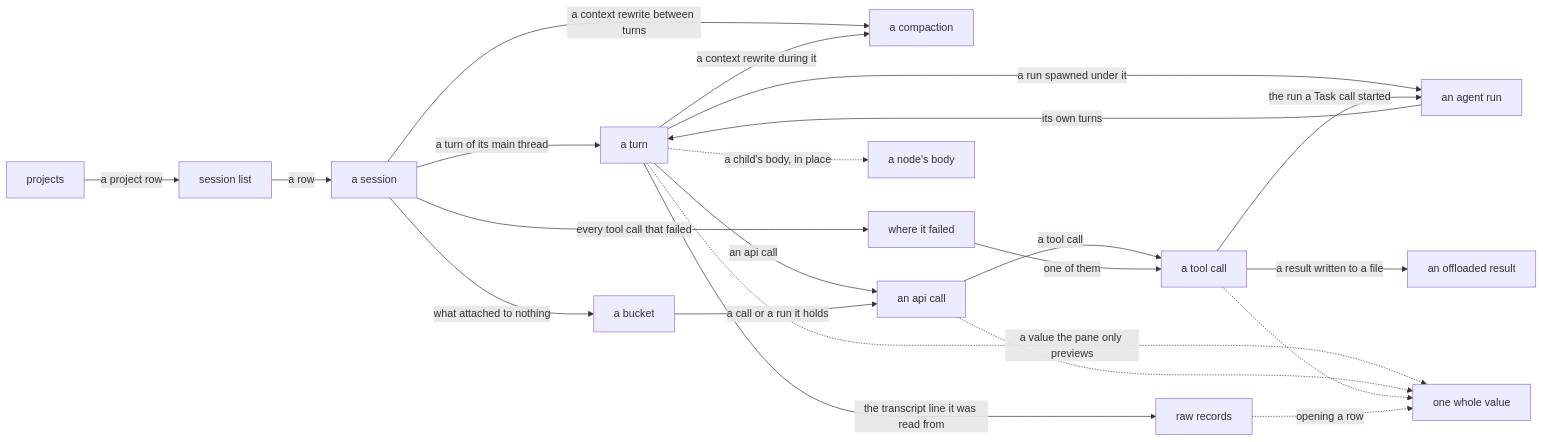
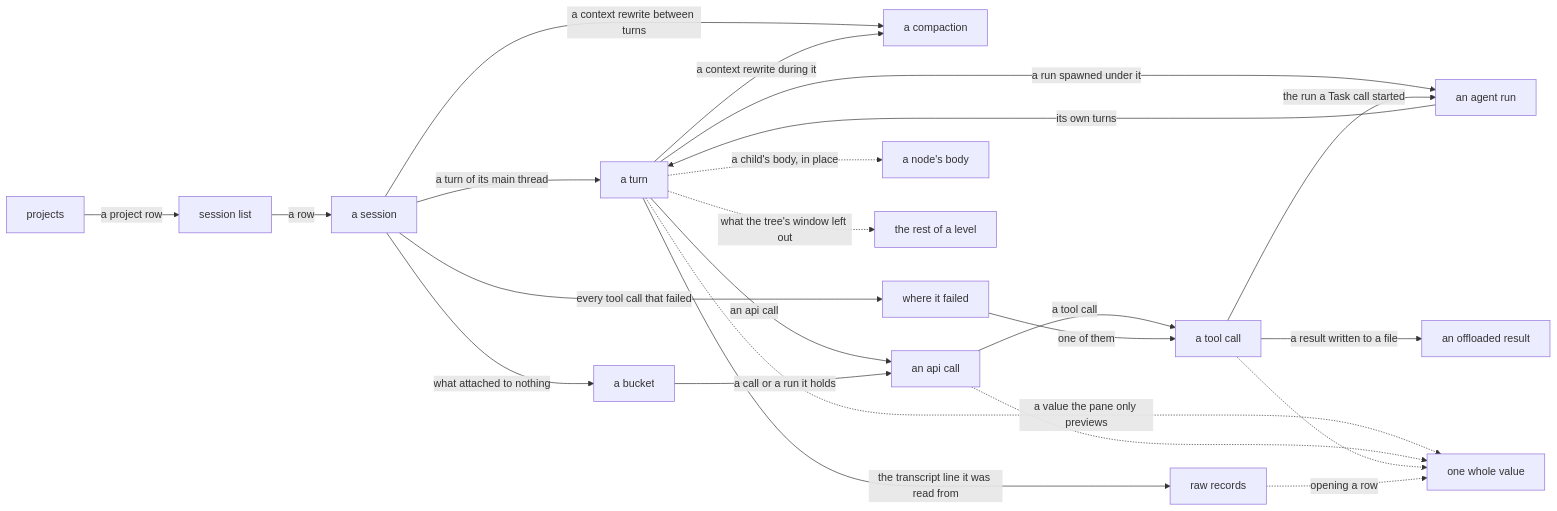
One commit to nathanielobrown/aiobserve changed the diagram in docs/viewer.md. Above: the diagram before and after it, drawn with Mermaid. The commit also changed other lines of this file and 11 other files, not shown here.

````diff
--- a/docs/viewer.md
+++ b/docs/viewer.md
@@ -9,24 +9,25 @@
 ```mermaid
 flowchart LR
     projects["projects"] -->|"a project row"| session_list["session list"]
     session_list -->|"a row"| session["a session"]
     session -->|"a turn of its main thread"| turn["a turn"]
     session -->|"a context rewrite between turns"| compaction["a compaction"]
     turn -->|"a context rewrite during it"| compaction
     session -->|"what attached to nothing"| bucket["a bucket"]
     turn -->|"an api call"| api_call["an api call"]
     turn -->|"a run spawned under it"| run["an agent run"]
     api_call -->|"a tool call"| tool["a tool call"]
     tool -->|"the run a Task call started"| run
     run -->|"its own turns"| turn
     session -->|"every tool call that failed"| errors["where it failed"]
     errors -->|"one of them"| tool
     bucket -->|"a call or a run it holds"| api_call
     turn -->|"the transcript line it was read from"| records["raw records"]
     tool -->|"a result written to a file"| offload["an offloaded result"]
     turn -.->|"a value the pane only previews"| value["one whole value"]
     api_call -.-> value
     tool -.-> value
     records -.->|"opening a row"| value
     turn -.->|"a child's body, in place"| body["a node's body"]
+    turn -.->|"what the tree's window left out"| kin["the rest of a level"]
 ```
````
